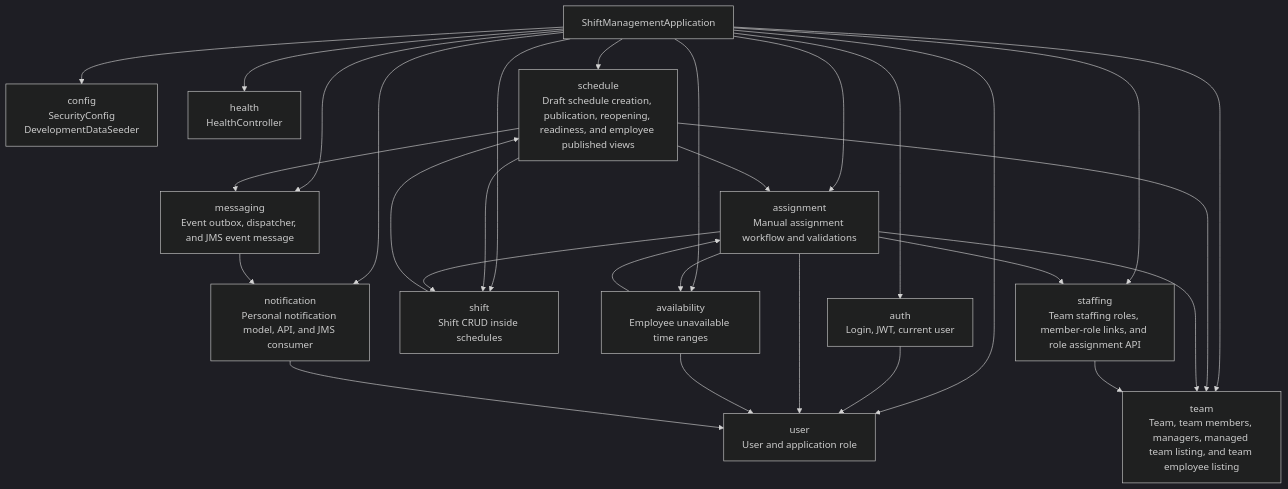
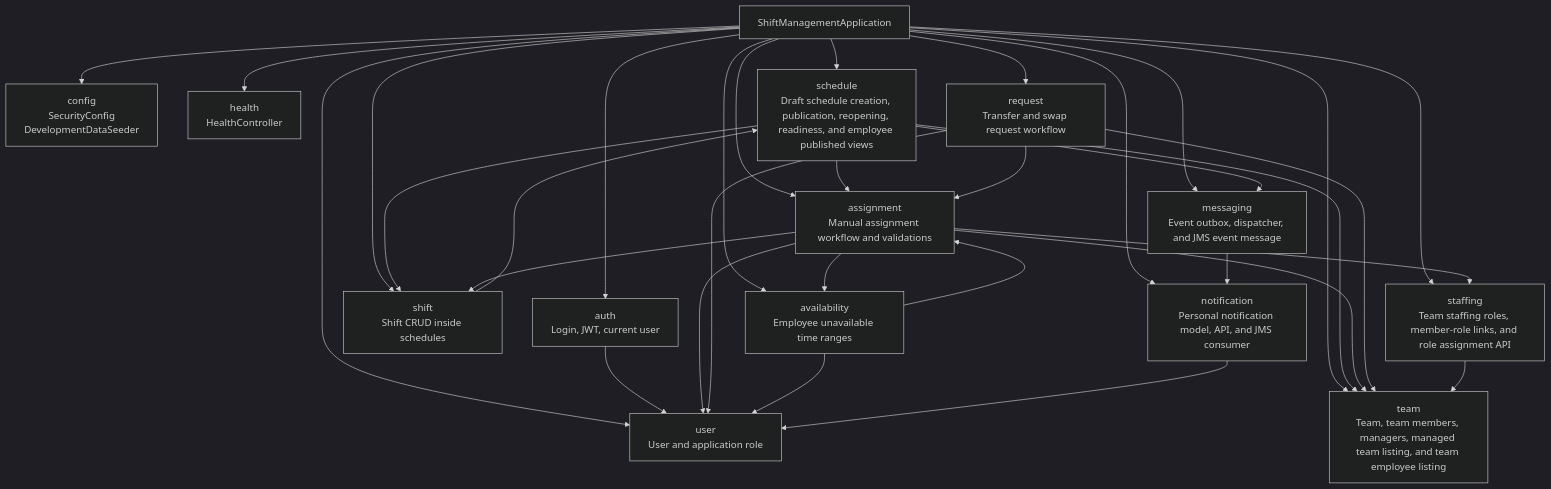
The second of 17 diagrams in docs/current-backend-architecture.md (HiliMor/shift-management-system), drawn with Mermaid (dark theme) before and after one commit. The commit also changed other lines of this file and 14 other files, not shown here.

Commit message:
Transfer requests: add transfer request creation API

````diff
--- a/docs/current-backend-architecture.md
+++ b/docs/current-backend-architecture.md
@@ -70,47 +70,52 @@
 ```mermaid
 flowchart TD
     app["ShiftManagementApplication"]
 
     config["config<br/>SecurityConfig<br/>DevelopmentDataSeeder"]
     health["health<br/>HealthController"]
     auth["auth<br/>Login, JWT, current user"]
     user["user<br/>User and application role"]
     team["team<br/>Team, team members, managers, managed team listing, and team employee listing"]
     schedule["schedule<br/>Draft schedule creation, publication, reopening, readiness, and employee published views"]
     shift["shift<br/>Shift CRUD inside schedules"]
     assignment["assignment<br/>Manual assignment workflow and validations"]
+    request["request<br/>Transfer and swap request workflow"]
     availability["availability<br/>Employee unavailable time ranges"]
     staffing["staffing<br/>Team staffing roles, member-role links, and role assignment API"]
     messaging["messaging<br/>Event outbox, dispatcher, and JMS event message"]
     notification["notification<br/>Personal notification model, API, and JMS consumer"]
 
     app --> config
     app --> health
     app --> auth
     app --> user
     app --> team
     app --> schedule
     app --> shift
     app --> assignment
+    app --> request
     app --> availability
     app --> staffing
     app --> messaging
     app --> notification
 
     auth --> user
     schedule --> team
     schedule --> shift
     schedule --> assignment
     schedule --> messaging
     messaging --> notification
     shift --> schedule
     assignment --> shift
     assignment --> team
     assignment --> user
     assignment --> availability
     assignment --> staffing
+    request --> assignment
+    request --> team
+    request --> user
     availability --> user
     availability --> assignment
     staffing --> team
     notification --> user
 ```
````
